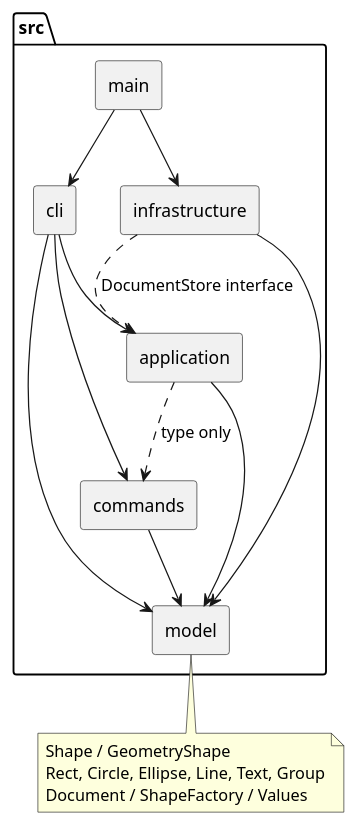
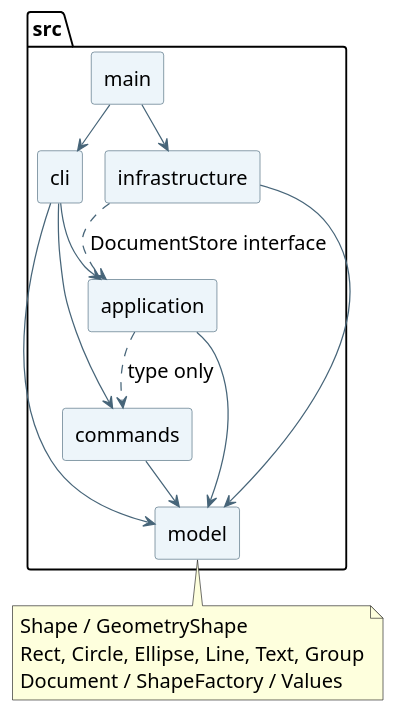
One commit to UchinaItachi06/svg-editor-phase1 changed the diagram in doc/architecture.puml. Above: the diagram before and after it, drawn with PlantUML. The commit also changed 10 other files, not shown here.

Commit message:
docs: add student acceptance evidence, rendered architecture and code walkthrough

```diff
--- a/doc/architecture.puml
+++ b/doc/architecture.puml
@@ -1,20 +1,28 @@
 @startuml
+!pragma layout smetana
+skinparam shadowing false
+skinparam defaultFontName SansSerif
+skinparam defaultFontSize 16
+skinparam ArrowColor #476579
+skinparam componentBackgroundColor #EDF5FA
+skinparam componentBorderColor #476579
+skinparam packageBackgroundColor #FFFFFF
 skinparam componentStyle rectangle
 package "src" {
   [main] --> [cli]
   [main] --> [infrastructure]
   [cli] --> [application]
   [cli] --> [commands]
   [cli] --> [model]
   [application] ..> [commands] : type only
   [application] --> [model]
   [commands] --> [model]
   [infrastructure] ..> [application] : DocumentStore interface
   [infrastructure] --> [model]
 }
 note bottom of [model]
 Shape / GeometryShape
 Rect, Circle, Ellipse, Line, Text, Group
 Document / ShapeFactory / Values
 end note
 @enduml
```
